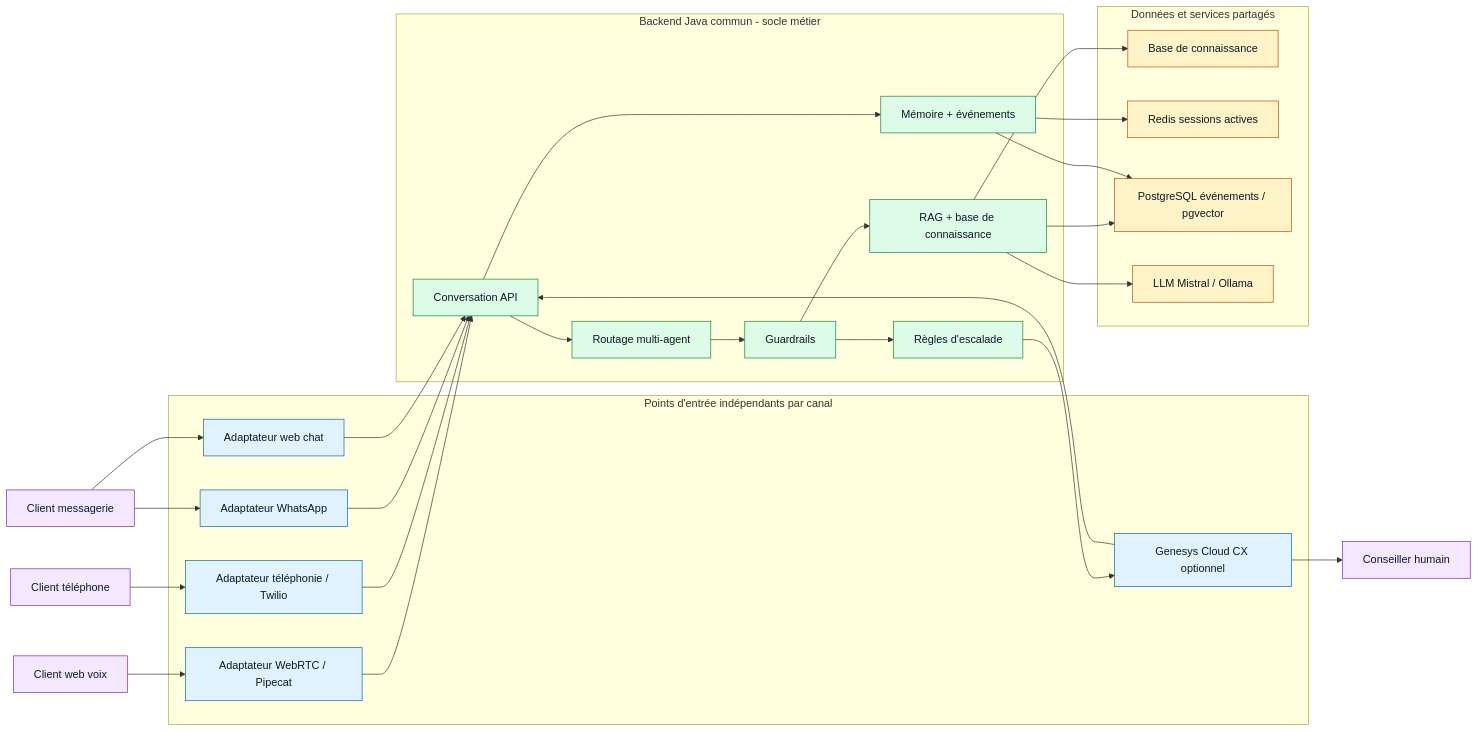
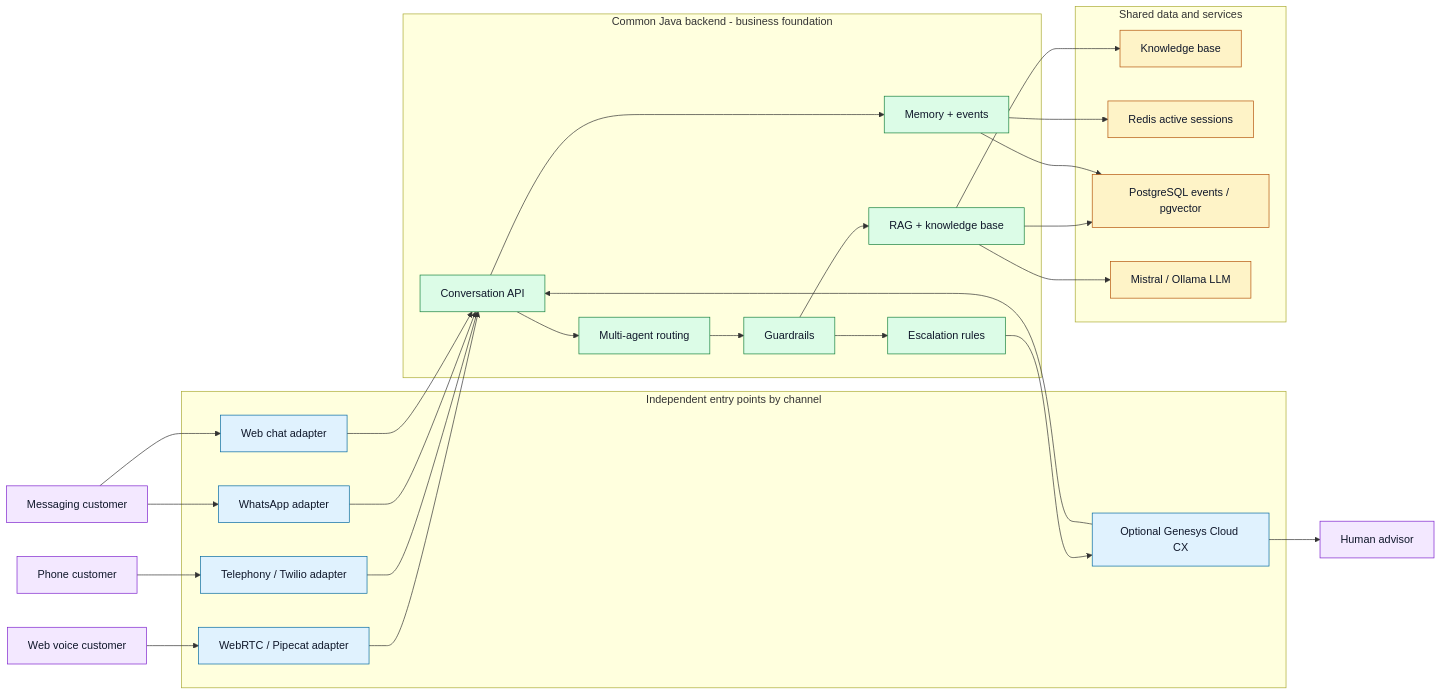
The diagram in docs/product/cahier-des-charges-fonctionnel.md (tgrimaud/V2V), drawn with Mermaid before and after one commit. The commit also changed other lines of this file and 14 other files, not shown here.

````diff
--- a/docs/product/cahier-des-charges-fonctionnel.md
+++ b/docs/product/cahier-des-charges-fonctionnel.md
@@ -334,70 +334,70 @@
 ```mermaid
 flowchart LR
     %% Clients
-    ClientWeb["Client web voix"]
-    ClientTel["Client téléphone"]
-    ClientMsg["Client messagerie"]
-    Conseiller["Conseiller humain"]
+    ClientWeb["Web voice customer"]
+    ClientTel["Phone customer"]
+    ClientMsg["Messaging customer"]
+    Conseiller["Human advisor"]
 
     %% Channel adapters
-    subgraph Canaux["Points d'entrée indépendants par canal"]
-        WebRTC["Adaptateur WebRTC / Pipecat"]
-        Twilio["Adaptateur téléphonie / Twilio"]
-        WhatsApp["Adaptateur WhatsApp"]
-        WebChat["Adaptateur web chat"]
-        Genesys["Genesys Cloud CX optionnel"]
+    subgraph Canaux["Independent entry points by channel"]
+        WebRTC["WebRTC / Pipecat adapter"]
+        Twilio["Telephony / Twilio adapter"]
+        WhatsApp["WhatsApp adapter"]
+        WebChat["Web chat adapter"]
+        Genesys["Optional Genesys Cloud CX"]
     end
 
     %% Shared backend
-    subgraph Backend["Backend Java commun - socle métier"]
+    subgraph Backend["Common Java backend - business foundation"]
         Conversation["Conversation API"]
-        Routing["Routage multi-agent"]
+        Routing["Multi-agent routing"]
         Guardrails["Guardrails"]
-        Escalade["Règles d'escalade"]
-        RAG["RAG + base de connaissance"]
-        Memoire["Mémoire + événements"]
+        Escalade["Escalation rules"]
+        RAG["RAG + knowledge base"]
+        Memoire["Memory + events"]
     end
 
     %% Data and providers
-    subgraph Donnees["Données et services partagés"]
-        KB["Base de connaissance"]
-        Redis["Redis sessions actives"]
-        Postgres["PostgreSQL événements / pgvector"]
-        LLM["LLM Mistral / Ollama"]
+    subgraph Donnees["Shared data and services"]
+        KB["Knowledge base"]
+        Redis["Redis active sessions"]
+        Postgres["PostgreSQL events / pgvector"]
+        LLM["Mistral / Ollama LLM"]
     end
 
     ClientWeb --> WebRTC
     ClientTel --> Twilio
     ClientMsg --> WhatsApp
     ClientMsg --> WebChat
 
     WebRTC --> Conversation
     Twilio --> Conversation
     WhatsApp --> Conversation
     WebChat --> Conversation
     Genesys --> Conversation
 
     Conversation --> Routing
     Routing --> Guardrails
     Guardrails --> RAG
     Guardrails --> Escalade
     RAG --> KB
     RAG --> Postgres
     RAG --> LLM
     Conversation --> Memoire
     Memoire --> Redis
     Memoire --> Postgres
 
     Escalade --> Genesys
     Genesys --> Conseiller
 
     classDef channel fill:#e0f2fe,stroke:#0369a1,color:#0f172a
     classDef backend fill:#dcfce7,stroke:#15803d,color:#0f172a
     classDef data fill:#fef3c7,stroke:#b45309,color:#0f172a
     classDef user fill:#f3e8ff,stroke:#7e22ce,color:#0f172a
 
     class WebRTC,Twilio,WhatsApp,WebChat,Genesys channel
     class Conversation,Routing,Guardrails,Escalade,RAG,Memoire backend
     class KB,Redis,Postgres,LLM data
     class ClientWeb,ClientTel,ClientMsg,Conseiller user
 ```
````
